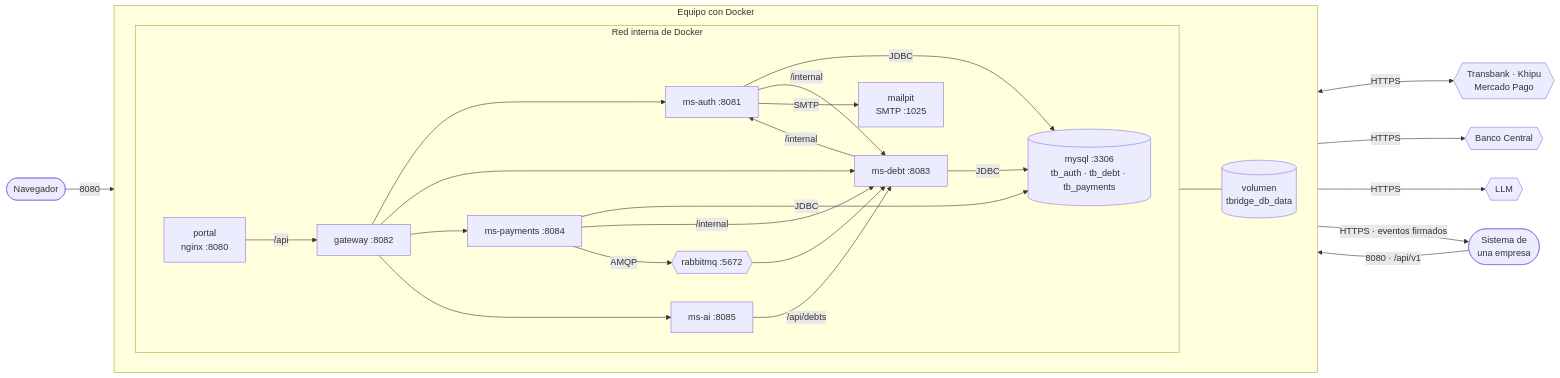
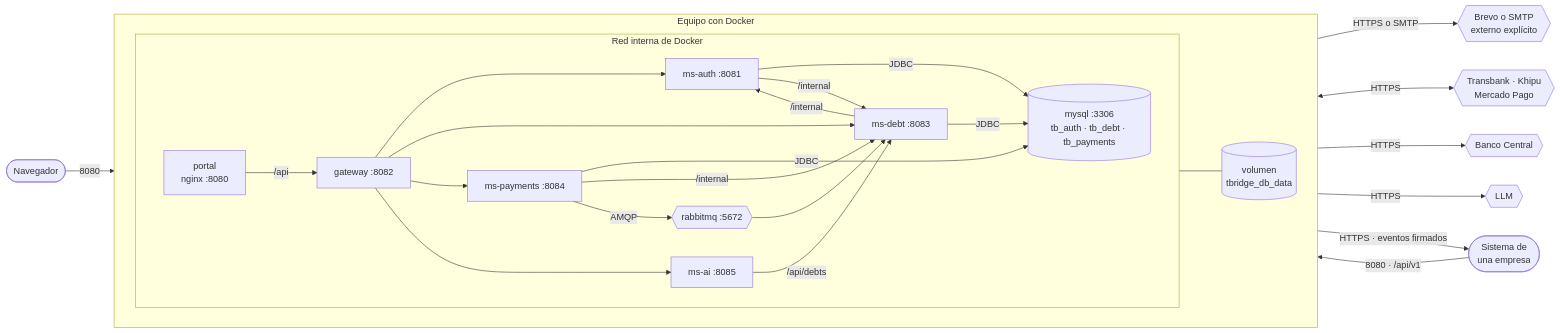
The first of 3 diagrams in docs/diagramas/despliegue.md (TechnicalBridge/DataBridge), drawn with Mermaid before and after one commit. The commit also changed other lines of this file and 8 other files, not shown here.

````diff
--- a/docs/diagramas/despliegue.md
+++ b/docs/diagramas/despliegue.md
@@ -17,44 +17,44 @@
 ```mermaid
 flowchart LR
     NAV(["Navegador"])
     SIS(["Sistema de<br/>una empresa"])
 
     subgraph HOST["Equipo con Docker"]
         direction LR
         subgraph RED["Red interna de Docker"]
             direction LR
             POR["portal<br/>nginx :8080"]
             GW["gateway :8082"]
             AUTH["ms-auth :8081"]
             DEBT["ms-debt :8083"]
             PAY["ms-payments :8084"]
             AI["ms-ai :8085"]
             MY[("mysql :3306<br/>tb_auth · tb_debt · tb_payments")]
             MQ{{"rabbitmq :5672"}}
-            MAIL["mailpit<br/>SMTP :1025"]
         end
         VOL[("volumen<br/>tbridge_db_data")]
     end
 
     PAS{{"Transbank · Khipu<br/>Mercado Pago"}}
     BCC{{"Banco Central"}}
     LLM{{"LLM"}}
+    MAIL{{"Brevo o SMTP<br/>externo explícito"}}
 
     NAV -->|"8080"| POR
     SIS -->|"8080 · /api/v1"| POR
     POR -->|"/api"| GW
     GW --> AUTH & DEBT & PAY & AI
     AUTH & DEBT & PAY -->|"JDBC"| MY
     MY --- VOL
     DEBT -->|"/internal"| AUTH
     AUTH -->|"/internal"| DEBT
     PAY -->|"/internal"| DEBT
     AI -->|"/api/debts"| DEBT
     PAY -->|"AMQP"| MQ
     MQ --> DEBT
-    AUTH -->|"SMTP"| MAIL
+    AUTH -->|"HTTPS o SMTP"| MAIL
     PAY <-->|"HTTPS"| PAS
     PAY -->|"HTTPS"| BCC
     AI -->|"HTTPS"| LLM
     DEBT -->|"HTTPS · eventos firmados"| SIS
 ```
````
